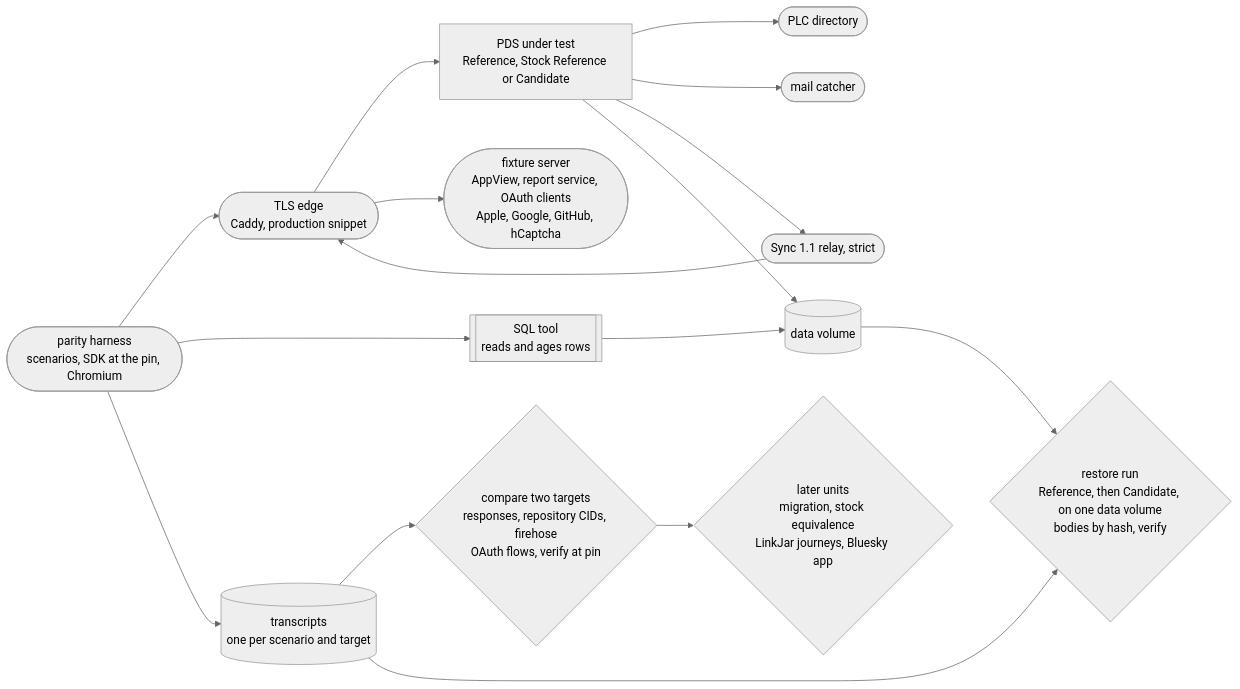
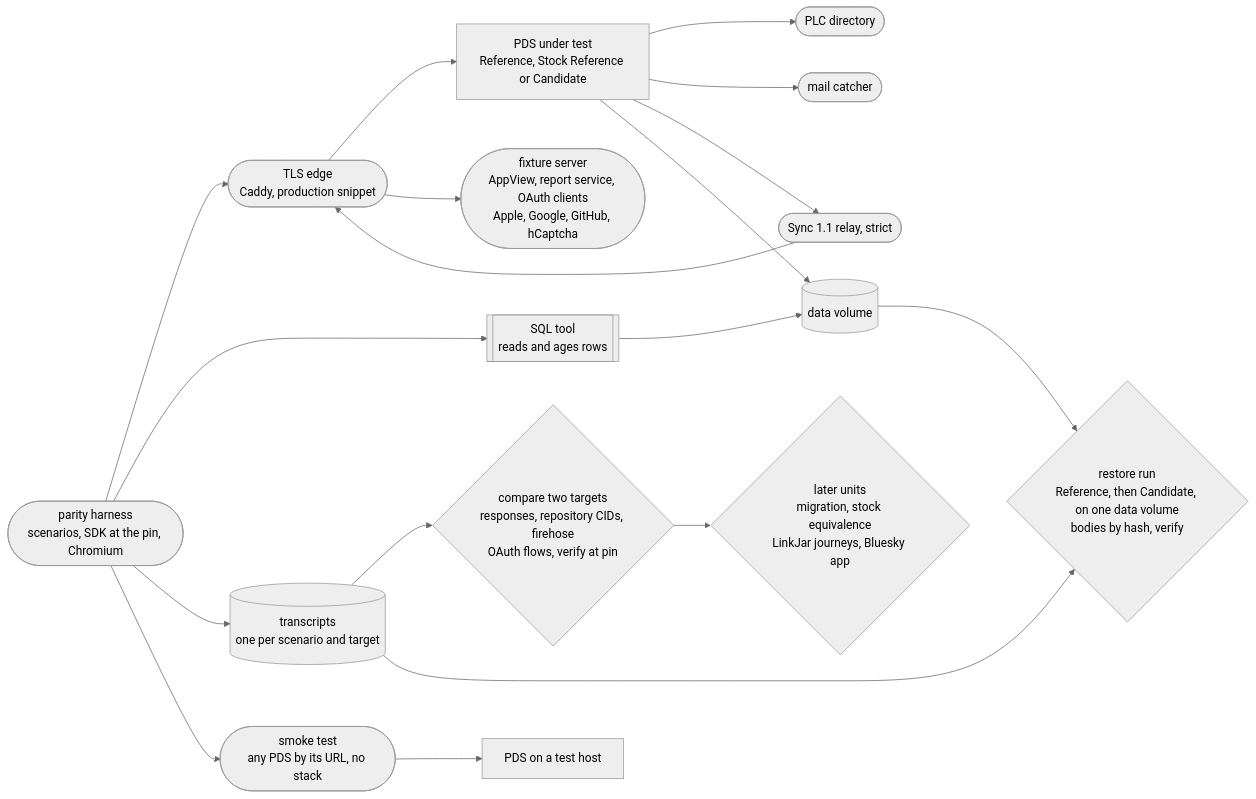
One commit to linkjar/pds changed the diagram in docs/architecture/diagrams/14-parity.mmd. Above: the diagram before and after it, drawn with Mermaid (neutral theme). The commit also changed 23 other files, not shown here.

First line of the commit message:
A test host for the Candidate, and a smoke test of a running server

```diff
--- a/docs/architecture/diagrams/14-parity.mmd
+++ b/docs/architecture/diagrams/14-parity.mmd
@@ -1,29 +1,33 @@
 flowchart LR
   runner([parity harness<br/>scenarios, SDK at the pin, Chromium])
   fixtures([fixture server<br/>AppView, report service, OAuth clients<br/>Apple, Google, GitHub, hCaptcha])
   edge([TLS edge<br/>Caddy, production snippet])
   pds[PDS under test<br/>Reference, Stock Reference or Candidate]
   plc([PLC directory])
   relay([Sync 1.1 relay, strict])
   mail([mail catcher])
   data[(data volume)]
   sql[[SQL tool<br/>reads and ages rows]]
   transcripts[(transcripts<br/>one per scenario and target)]
   compare{compare two targets<br/>responses, repository CIDs, firehose<br/>OAuth flows, verify at pin}
   restore{restore run<br/>Reference, then Candidate, on one data volume<br/>bodies by hash, verify}
   later{later units<br/>migration, stock equivalence<br/>LinkJar journeys, Bluesky app}
+  smoke([smoke test<br/>any PDS by its URL, no stack])
+  host[PDS on a test host]
   runner --> edge
   edge --> pds
   edge --> fixtures
   pds --> plc
   pds --> mail
   pds --> relay
   relay --> edge
   pds --> data
   sql --> data
   runner --> sql
   runner --> transcripts
   transcripts --> compare
   transcripts --> restore
   data --> restore
   compare --> later
+  runner --> smoke
+  smoke --> host
```
